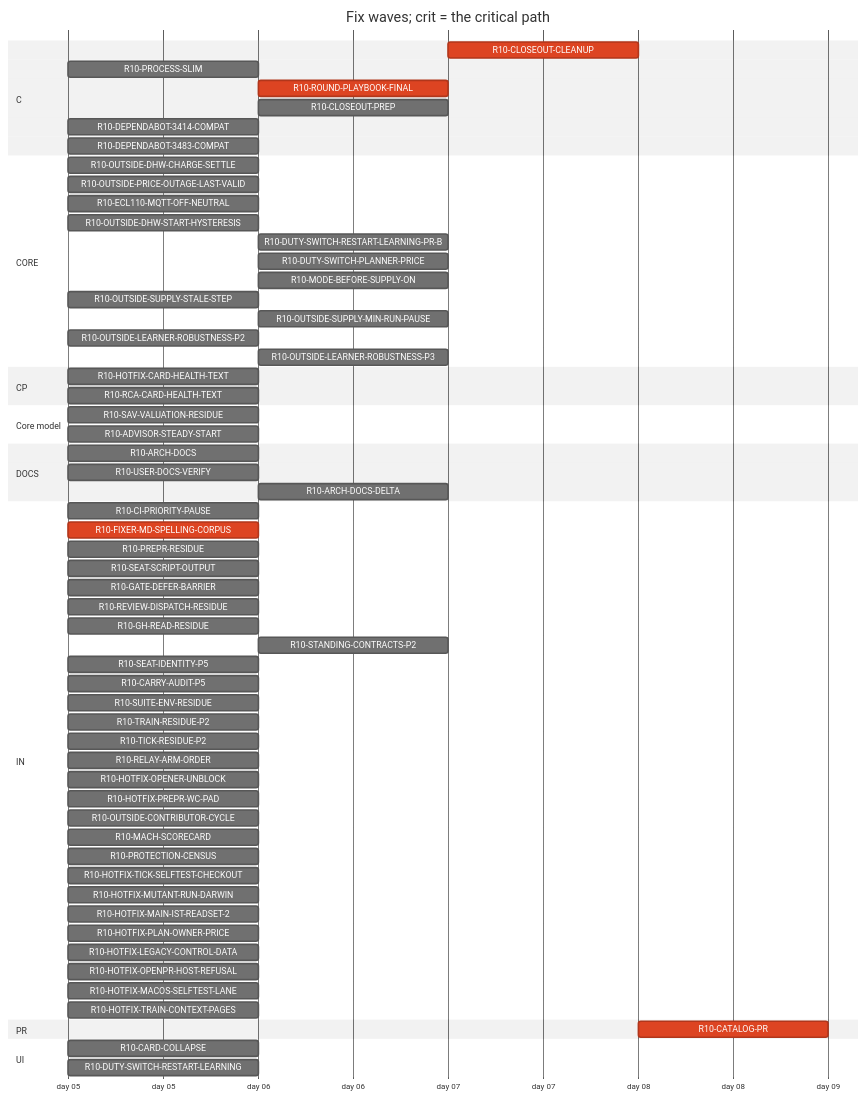
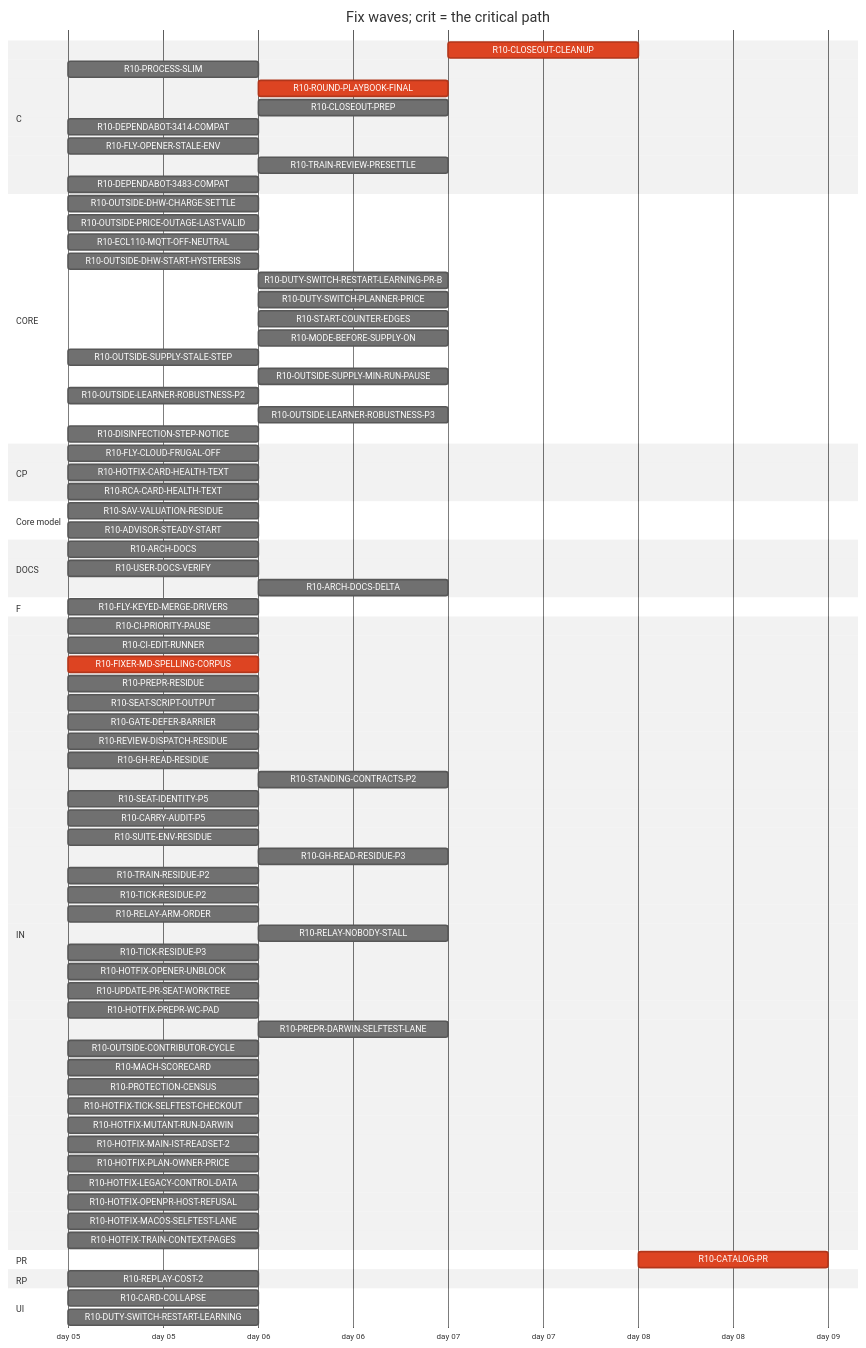
Before and after one commit to tvofi/heatpump_optimizer: the diagram in handoff/round10/state/PLAN-TABLE.md, drawn with Mermaid (neutral theme). The commit also changed other lines of this file and 3 other files, not shown here.

Commit message:
state: FLOW-BOARD.md, NEXT-SESSION-PROMPT.md, PLAN-TABLE.md, RESUME-CURRENT.md regenerated (state_docs.py)

```diff
--- a/handoff/round10/state/PLAN-TABLE.md
+++ b/handoff/round10/state/PLAN-TABLE.md
@@ -29,6 +31,8 @@
     R10-ROUND-PLAYBOOK-FINAL :crit, r10ROUNDPLAYBOOKFINAL, after r10FIXERMDSPELLINGCORPUS, 1d
     R10-CLOSEOUT-PREP :r10CLOSEOUTPREP, after r10ARCHDOCS r10FIXERMDSPELLINGCORPUS, 1d
     R10-DEPENDABOT-3414-COMPAT :r10DEPENDABOT3414COMPAT, 2026-01-05, 1d
+    R10-FLY-OPENER-STALE-ENV :r10FLYOPENERSTALEENV, 2026-01-05, 1d
+    R10-TRAIN-REVIEW-PRESETTLE :r10TRAINREVIEWPRESETTLE, after r10TRAINRESIDUEP2, 1d
     R10-DEPENDABOT-3483-COMPAT :r10DEPENDABOT3483COMPAT, 2026-01-05, 1d
   section CORE
     R10-OUTSIDE-DHW-CHARGE-SETTLE :r10OUTSIDEDHWCHARGESETTLE, 2026-01-05, 1d
@@ -37,12 +41,15 @@
     R10-OUTSIDE-DHW-START-HYSTERESIS :r10OUTSIDEDHWSTARTHYSTERESIS, 2026-01-05, 1d
     R10-DUTY-SWITCH-RESTART-LEARNING-PR-B :r10DUTYSWITCHRESTARTLEARNINGPRB, after r10DUTYSWITCHRESTARTLEARNING, 1d
     R10-DUTY-SWITCH-PLANNER-PRICE :r10DUTYSWITCHPLANNERPRICE, after r10DUTYSWITCHRESTARTLEARNING, 1d
+    R10-START-COUNTER-EDGES :r10STARTCOUNTEREDGES, after r10DUTYSWITCHRESTARTLEARNING, 1d
     R10-MODE-BEFORE-SUPPLY-ON :r10MODEBEFORESUPPLYON, after r10DUTYSWITCHRESTARTLEARNING, 1d
     R10-OUTSIDE-SUPPLY-STALE-STEP :r10OUTSIDESUPPLYSTALESTEP, 2026-01-05, 1d
     R10-OUTSIDE-SUPPLY-MIN-RUN-PAUSE :r10OUTSIDESUPPLYMINRUNPAUSE, after r10OUTSIDESUPPLYSTALESTEP, 1d
     R10-OUTSIDE-LEARNER-ROBUSTNESS-P2 :r10OUTSIDELEARNERROBUSTNESSP2, 2026-01-05, 1d
     R10-OUTSIDE-LEARNER-ROBUSTNESS-P3 :r10OUTSIDELEARNERROBUSTNESSP3, after r10OUTSIDELEARNERROBUSTNESSP2, 1d
+    R10-DISINFECTION-STEP-NOTICE :r10DISINFECTIONSTEPNOTICE, 2026-01-05, 1d
   section CP
+    R10-FLY-CLOUD-FRUGAL-OFF :r10FLYCLOUDFRUGALOFF, 2026-01-05, 1d
     R10-HOTFIX-CARD-HEALTH-TEXT :r10HOTFIXCARDHEALTHTEXT, 2026-01-05, 1d
     R10-RCA-CARD-HEALTH-TEXT :r10RCACARDHEALTHTEXT, 2026-01-05, 1d
   section Core model
@@ -52,8 +59,11 @@
     R10-ARCH-DOCS :r10ARCHDOCS, 2026-01-05, 1d
     R10-USER-DOCS-VERIFY :r10USERDOCSVERIFY, 2026-01-05, 1d
     R10-ARCH-DOCS-DELTA :r10ARCHDOCSDELTA, after r10ARCHDOCS r10SAVVALUATIONRESIDUE r10ADVISORSTEADYSTART r10PROCESSSLIM, 1d
+  section F
+    R10-FLY-KEYED-MERGE-DRIVERS :r10FLYKEYEDMERGEDRIVERS, 2026-01-05, 1d
   section IN
     R10-CI-PRIORITY-PAUSE :r10CIPRIORITYPAUSE, 2026-01-05, 1d
+    R10-CI-EDIT-RUNNER :r10CIEDITRUNNER, 2026-01-05, 1d
     R10-FIXER-MD-SPELLING-CORPUS :crit, r10FIXERMDSPELLINGCORPUS, 2026-01-05, 1d
     R10-PREPR-RESIDUE :r10PREPRRESIDUE, 2026-01-05, 1d
     R10-SEAT-SCRIPT-OUTPUT :r10SEATSCRIPTOUTPUT, 2026-01-05, 1d
@@ -64,11 +74,16 @@
     R10-SEAT-IDENTITY-P5 :r10SEATIDENTITYP5, 2026-01-05, 1d
     R10-CARRY-AUDIT-P5 :r10CARRYAUDITP5, 2026-01-05, 1d
     R10-SUITE-ENV-RESIDUE :r10SUITEENVRESIDUE, 2026-01-05, 1d
+    R10-GH-READ-RESIDUE-P3 :r10GHREADRESIDUEP3, after r10GHREADRESIDUE, 1d
     R10-TRAIN-RESIDUE-P2 :r10TRAINRESIDUEP2, 2026-01-05, 1d
     R10-TICK-RESIDUE-P2 :r10TICKRESIDUEP2, 2026-01-05, 1d
     R10-RELAY-ARM-ORDER :r10RELAYARMORDER, 2026-01-05, 1d
+    R10-RELAY-NOBODY-STALL :r10RELAYNOBODYSTALL, after r10RELAYARMORDER r10REVIEWDISPATCHRESIDUE, 1d
+    R10-TICK-RESIDUE-P3 :r10TICKRESIDUEP3, 2026-01-05, 1d
     R10-HOTFIX-OPENER-UNBLOCK :r10HOTFIXOPENERUNBLOCK, 2026-01-05, 1d
+    R10-UPDATE-PR-SEAT-WORKTREE :r10UPDATEPRSEATWORKTREE, 2026-01-05, 1d
     R10-HOTFIX-PREPR-WC-PAD :r10HOTFIXPREPRWCPAD, 2026-01-05, 1d
+    R10-PREPR-DARWIN-SELFTEST-LANE :r10PREPRDARWINSELFTESTLANE, after r10HOTFIXPREPRWCPAD, 1d
     R10-OUTSIDE-CONTRIBUTOR-CYCLE :r10OUTSIDECONTRIBUTORCYCLE, 2026-01-05, 1d
     R10-MACH-SCORECARD :r10MACHSCORECARD, 2026-01-05, 1d
     R10-PROTECTION-CENSUS :r10PROTECTIONCENSUS, 2026-01-05, 1d
@@ -82,6 +97,8 @@
     R10-HOTFIX-TRAIN-CONTEXT-PAGES :r10HOTFIXTRAINCONTEXTPAGES, 2026-01-05, 1d
   section PR
     R10-CATALOG-PR :crit, r10CATALOGPR, after r10USERDOCSVERIFY r10ARCHDOCS r10ROUNDPLAYBOOKFINAL r10CLOSEOUTCLEANUP r10CLOSEOUTPREP r10ARCHDOCSDELTA, 1d
+  section RP
+    R10-REPLAY-COST-2 :r10REPLAYCOST2, 2026-01-05, 1d
   section UI
     R10-CARD-COLLAPSE :r10CARDCOLLAPSE, 2026-01-05, 1d
     R10-DUTY-SWITCH-RESTART-LEARNING :r10DUTYSWITCHRESTARTLEARNING, 2026-01-05, 1d
```
